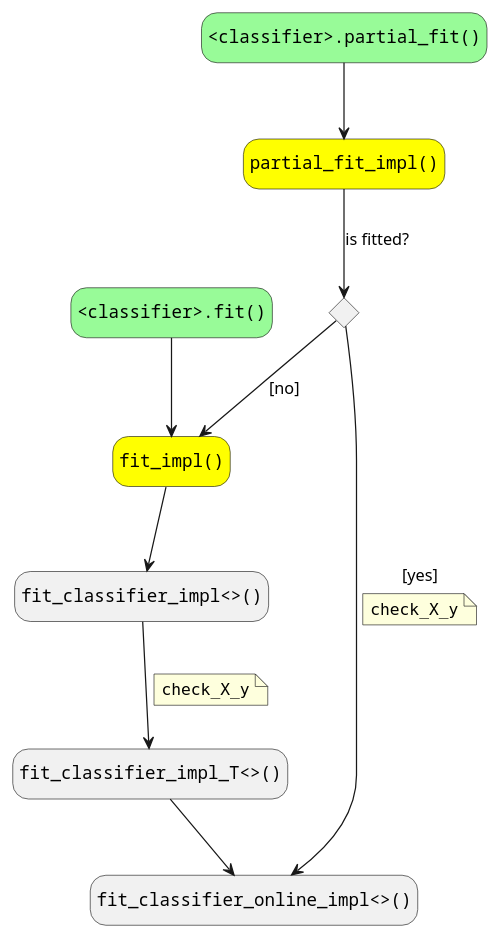
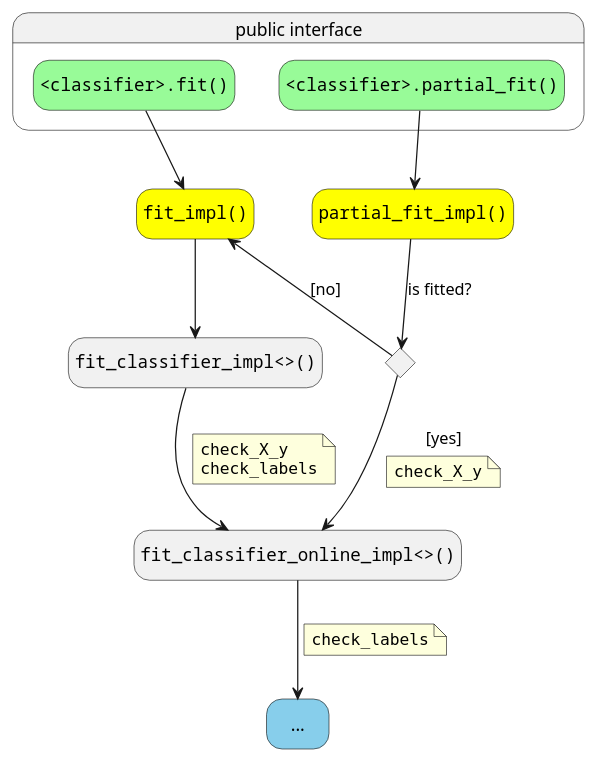
The diagram in docs/internals/implementation.rst (WojciechMigda/Tsetlini), drawn with PlantUML before and after one commit. The commit also changed other lines of this file and 1 other file, not shown here.

Commit message:
Merge fit_classifier_impl and fit_classifier_impl_T
(#157)

```diff
--- a/docs/internals/implementation.rst
+++ b/docs/internals/implementation.rst
@@ -28,30 +28,34 @@
 .. uml::
+   :caption: Portion of Classifier's call trace
 
    hide empty description
-   state "<font:courier><classifier>.fit()" as fit #palegreen
-   state "<font:courier><classifier>.partial_fit()" as partial_fit #palegreen
+   state "public interface" as public_interface {
+      state "<font:courier><classifier>.fit()" as fit #palegreen
+      state "<font:courier><classifier>.partial_fit()" as partial_fit #palegreen
+   }
    state "<font:courier>fit_impl()" as fit_impl #yellow
    state "<font:courier>fit_classifier_impl<>()" as fit_classifier_impl
-   state "<font:courier>fit_classifier_impl_T<>()" as fit_classifier_impl_T
    state "<font:courier>partial_fit_impl()" as partial_fit_impl #yellow
    state "<font:courier>fit_classifier_online_impl<>()" as fit_classifier_online_impl
+   state "..." as ellipsis #skyblue
 
    state is_fitted <<choice>>
 
    fit --> fit_impl
    partial_fit --> partial_fit_impl
    partial_fit_impl --> is_fitted : is fitted?
-   is_fitted --> fit_impl : [no]
+   is_fitted -left-> fit_impl : [no]
    is_fitted --> fit_classifier_online_impl : [yes]
    note on link
      ""check_X_y""
    end note
    fit_impl --> fit_classifier_impl
-   fit_classifier_impl --> fit_classifier_impl_T
+   fit_classifier_impl --> fit_classifier_online_impl
    note on link
      ""check_X_y""
+     ""check_labels""
    end note
-   fit_classifier_impl_T --> fit_classifier_online_impl
-   /'note on link
+   fit_classifier_online_impl --> ellipsis
+   note on link
      ""check_labels""
-   end note'/
+   end note
```
